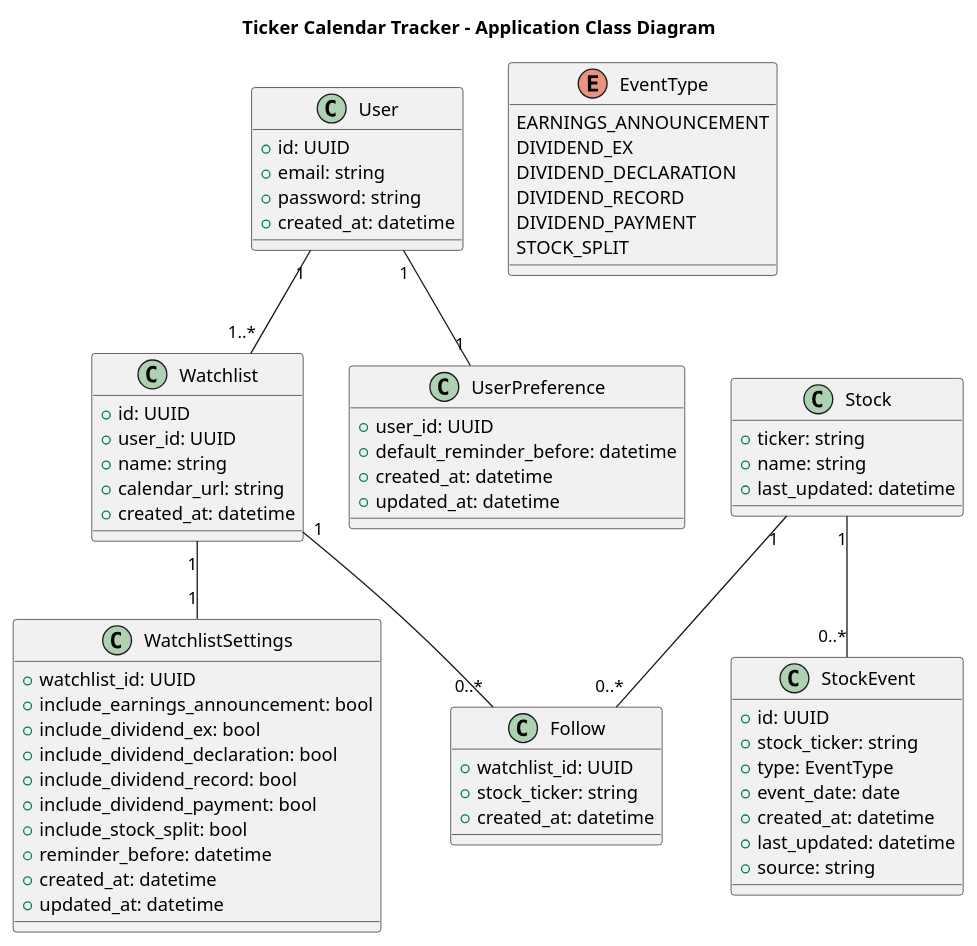
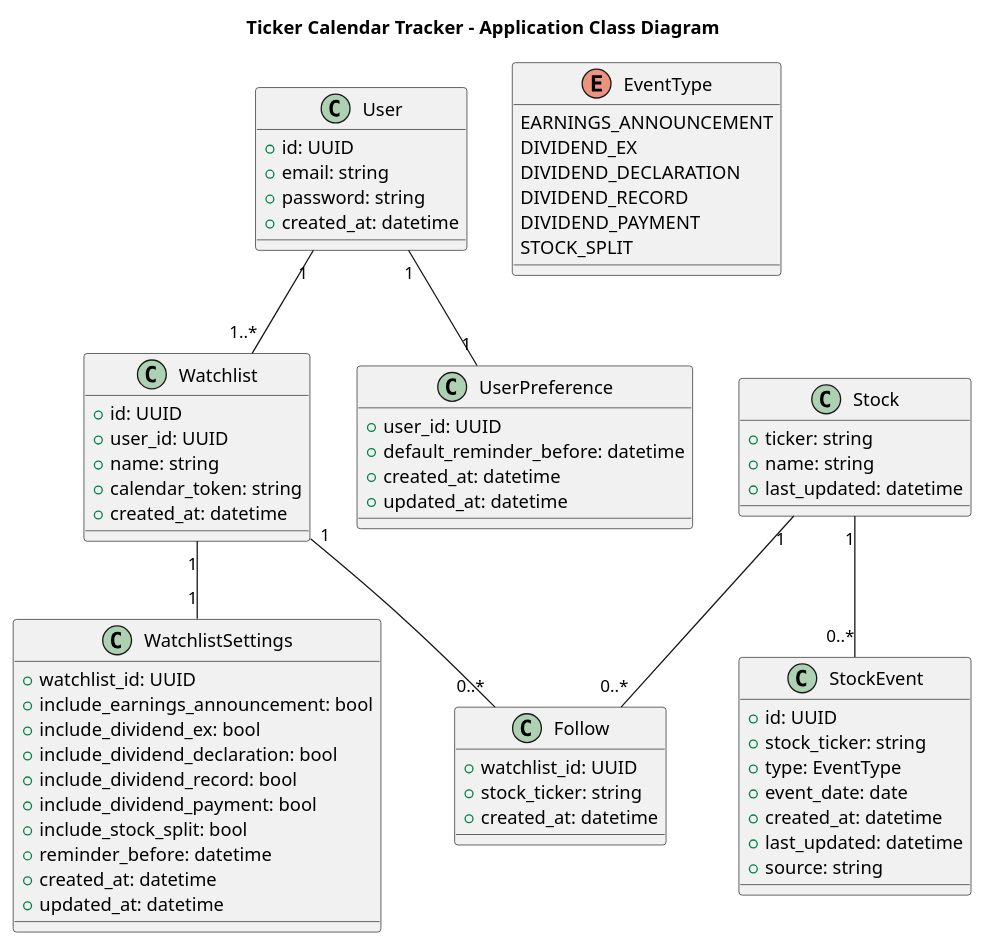
Before and after one commit to PhilippXXY/ticker-cal-tracker: the diagram in docs/uml/class_diagram_application.puml, drawn with PlantUML. The commit also changed 15 other files, not shown here.

```diff
--- a/docs/uml/class_diagram_application.puml
+++ b/docs/uml/class_diagram_application.puml
@@ -1,76 +1,76 @@
 @startuml class_diagram_application
 title Ticker Calendar Tracker - Application Class Diagram
 
 class User {
   +id: UUID
   +email: string
   +password: string
   +created_at: datetime
 }
 
 class Stock {
   +ticker: string
   +name: string
   +last_updated: datetime
 }
 
 class Follow {
   +watchlist_id: UUID
   +stock_ticker: string
   +created_at: datetime
 }
 
 enum EventType {
   EARNINGS_ANNOUNCEMENT
   DIVIDEND_EX
   DIVIDEND_DECLARATION
   DIVIDEND_RECORD
   DIVIDEND_PAYMENT
   STOCK_SPLIT
 }
 
 class StockEvent {
   +id: UUID
   +stock_ticker: string
   +type: EventType
   +event_date: date
   +created_at: datetime
   +last_updated: datetime
   +source: string
 }
 
 class Watchlist {
   +id: UUID
   +user_id: UUID
   +name: string
-  +calendar_url: string
+  +calendar_token: string
   +created_at: datetime
 }
 
 class WatchlistSettings {
   +watchlist_id: UUID
   +include_earnings_announcement: bool
   +include_dividend_ex: bool
   +include_dividend_declaration: bool
   +include_dividend_record: bool
   +include_dividend_payment: bool
   +include_stock_split: bool
   +reminder_before: datetime
   +created_at: datetime
   +updated_at: datetime
 }
 
 class UserPreference {
   +user_id: UUID
   +default_reminder_before: datetime
   +created_at: datetime
   +updated_at: datetime
 }
 
 Watchlist "1" -- "0..*" Follow
 Watchlist "1" -- "1" WatchlistSettings
 Stock "1" -- "0..*" Follow
 Stock "1" -- "0..*" StockEvent
 User "1" -- "1..*" Watchlist
 User "1" -- "1" UserPreference
 @enduml
```
